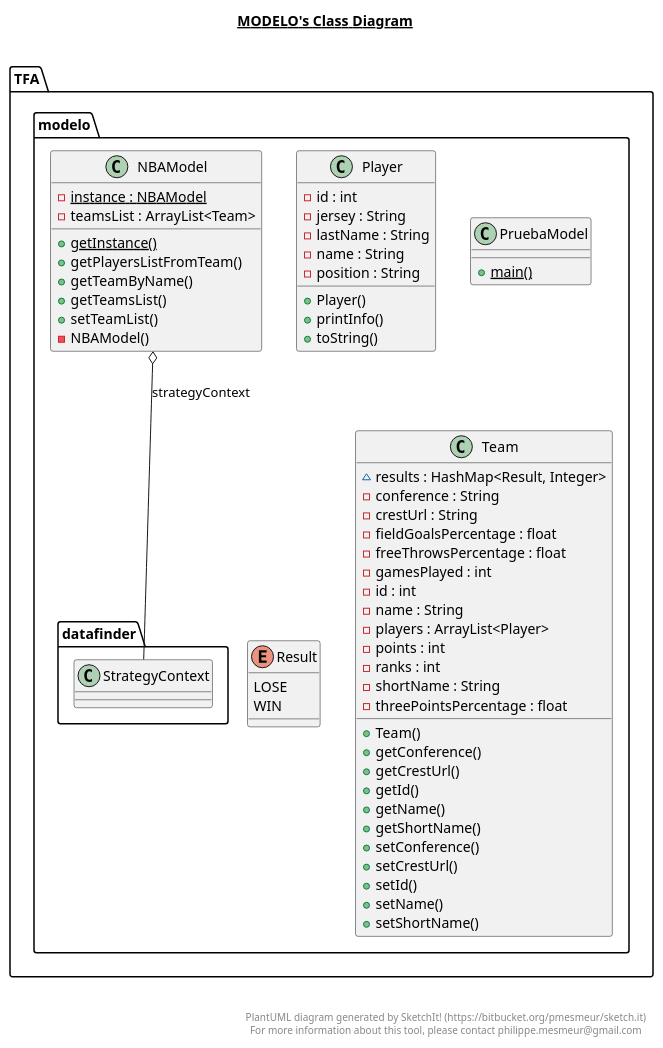
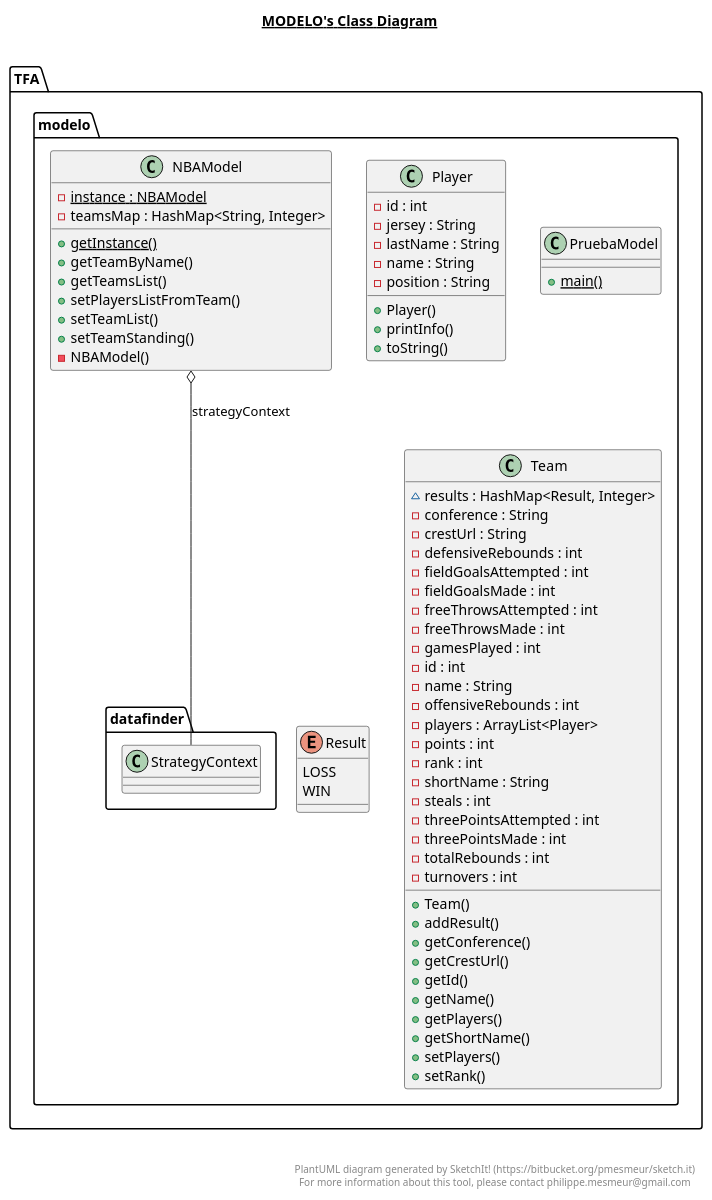
Before and after one commit to Diegodmbot/ULL-DAP-TrabajoFinalNBA: the diagram in src/TFA/modelo/modelo.plantuml, drawn with PlantUML. The commit also changed 17 other files, not shown here.

```diff
--- a/src/TFA/modelo/modelo.plantuml
+++ b/src/TFA/modelo/modelo.plantuml
@@ -1,98 +1,106 @@
 @startuml
 
 title __MODELO's Class Diagram__\n
 
   namespace TFA {
     namespace modelo {
       class TFA.modelo.NBAModel {
           {static} - instance : NBAModel
-          - teamsList : ArrayList<Team>
+          - teamsMap : HashMap<String, Integer>
           {static} + getInstance()
-          + getPlayersListFromTeam()
           + getTeamByName()
           + getTeamsList()
+          + setPlayersListFromTeam()
           + setTeamList()
+          + setTeamStanding()
           - NBAModel()
       }
     }
   }
   
 
   namespace TFA {
     namespace modelo {
       class TFA.modelo.Player {
           - id : int
           - jersey : String
           - lastName : String
           - name : String
           - position : String
           + Player()
           + printInfo()
           + toString()
       }
     }
   }
   
 
   namespace TFA {
     namespace modelo {
       class TFA.modelo.PruebaModel {
           {static} + main()
       }
     }
   }
   
 
   namespace TFA {
     namespace modelo {
       enum Result {
-        LOSE
+        LOSS
         WIN
       }
     }
   }
   
 
   namespace TFA {
     namespace modelo {
       class TFA.modelo.Team {
           ~ results : HashMap<Result, Integer>
           - conference : String
           - crestUrl : String
-          - fieldGoalsPercentage : float
-          - freeThrowsPercentage : float
+          - defensiveRebounds : int
+          - fieldGoalsAttempted : int
+          - fieldGoalsMade : int
+          - freeThrowsAttempted : int
+          - freeThrowsMade : int
           - gamesPlayed : int
           - id : int
           - name : String
+          - offensiveRebounds : int
           - players : ArrayList<Player>
           - points : int
-          - ranks : int
+          - rank : int
           - shortName : String
-          - threePointsPercentage : float
+          - steals : int
+          - threePointsAttempted : int
+          - threePointsMade : int
+          - totalRebounds : int
+          - turnovers : int
           + Team()
+          + addResult()
           + getConference()
           + getCrestUrl()
           + getId()
           + getName()
+          + getPlayers()
           + getShortName()
-          + setConference()
-          + setCrestUrl()
-          + setId()
-          + setName()
-          + setShortName()
+          + setPlayers()
+          + setRank()
       }
     }
   }
   
 
   TFA.modelo.NBAModel o-- TFA.modelo.datafinder.StrategyContext : strategyContext
 
 
 right footer
 
 
 PlantUML diagram generated by SketchIt! (https://bitbucket.org/pmesmeur/sketch.it)
 For more information about this tool, please contact philippe.mesmeur@gmail.com
 endfooter
 
 @enduml
```
